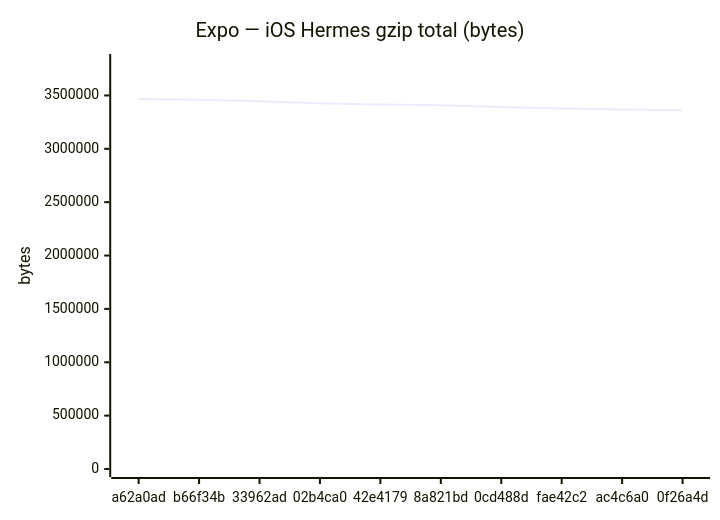
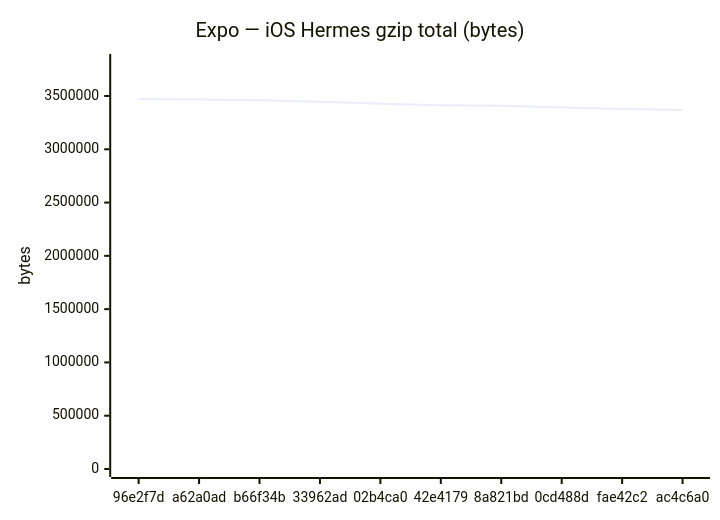
One commit to Metaheurist/Rianell changed the sixth of 18 diagrams in benchmarks/compare.md. Above: the diagram before and after it, drawn with Mermaid. The commit also changed other lines of this file and 11 other files, not shown here.

````diff
--- a/benchmarks/compare.md
+++ b/benchmarks/compare.md
@@ -96,7 +96,7 @@
 ```mermaid
 xychart-beta
     title "Expo — iOS Hermes gzip total (bytes)"
-    x-axis ["a62a0ad", "b66f34b", "33962ad", "02b4ca0", "42e4179", "8a821bd", "0cd488d", "fae42c2", "ac4c6a0", "0f26a4d"]
-    y-axis "bytes" 0 --> 3813431
-    line [3466755, 3460455, 3446796, 3426562, 3414256, 3409221, 3391123, 3378280, 3368083, 3360774]
+    x-axis ["96e2f7d", "a62a0ad", "b66f34b", "33962ad", "02b4ca0", "42e4179", "8a821bd", "0cd488d", "fae42c2", "ac4c6a0"]
+    y-axis "bytes" 0 --> 3819054
+    line [3471867, 3466755, 3460455, 3446796, 3426562, 3414256, 3409221, 3391123, 3378280, 3368083]
 ```
````
